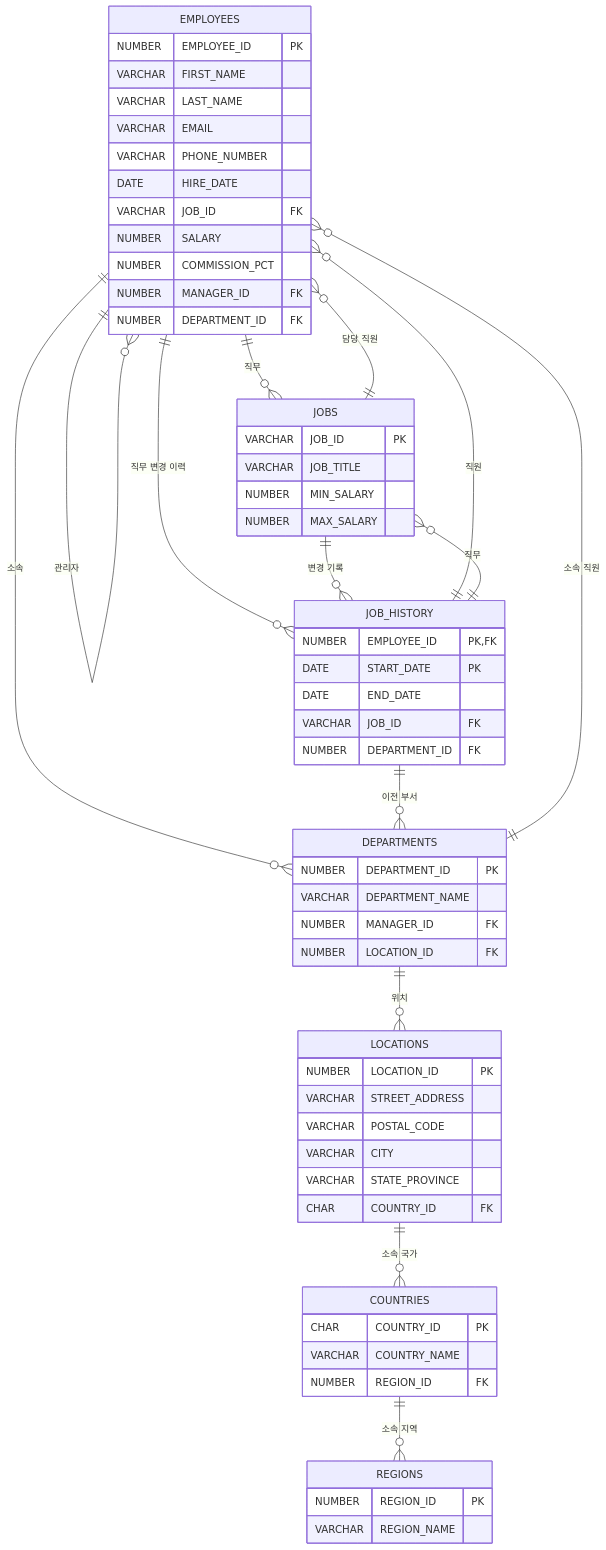
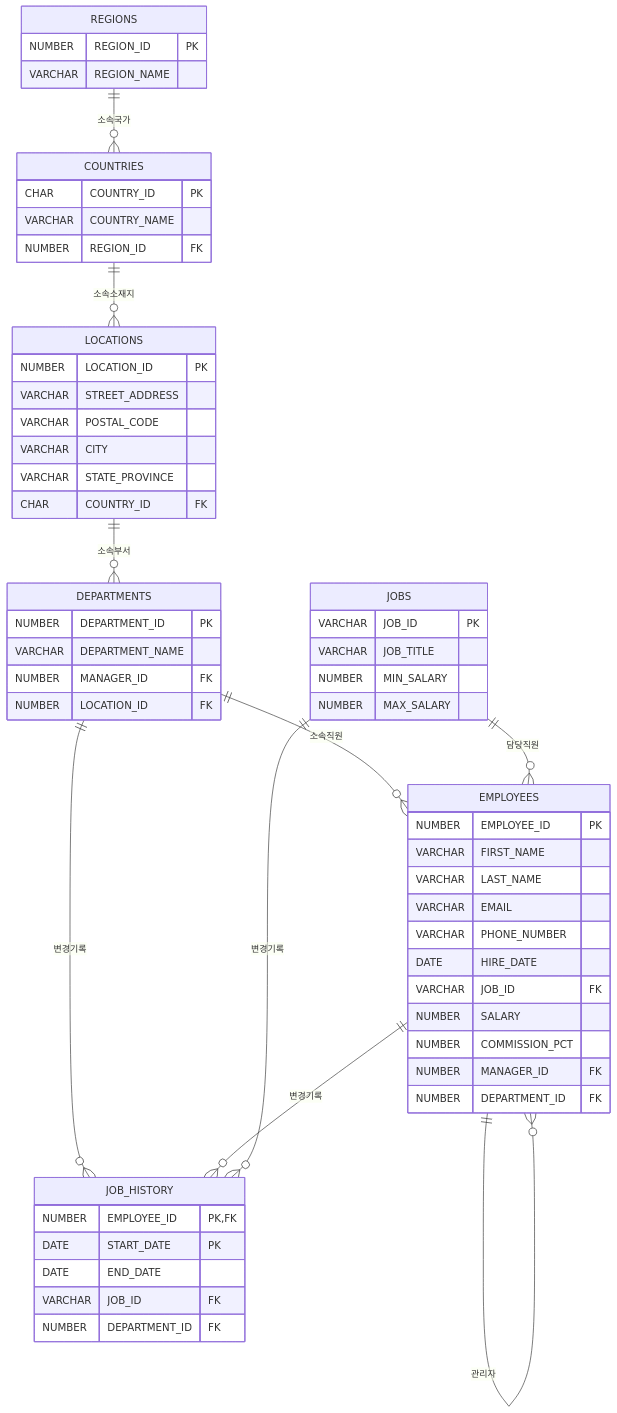
One commit to eungsu/lecture-notes changed the diagram in db/실습테이블.md. Above: the diagram before and after it, drawn with Mermaid.

Commit message:
hr 스키마

````diff
--- a/db/실습테이블.md
+++ b/db/실습테이블.md
@@ -153,78 +153,72 @@
 ```mermaid
 erDiagram
     EMPLOYEES {
         NUMBER EMPLOYEE_ID PK
         VARCHAR FIRST_NAME
         VARCHAR LAST_NAME
         VARCHAR EMAIL
         VARCHAR PHONE_NUMBER
         DATE HIRE_DATE
         VARCHAR JOB_ID FK
         NUMBER SALARY
         NUMBER COMMISSION_PCT
         NUMBER MANAGER_ID FK
         NUMBER DEPARTMENT_ID FK
     }
     
     DEPARTMENTS {
         NUMBER DEPARTMENT_ID PK
         VARCHAR DEPARTMENT_NAME
         NUMBER MANAGER_ID FK
         NUMBER LOCATION_ID FK
     }
     
     JOBS {
         VARCHAR JOB_ID PK
         VARCHAR JOB_TITLE
         NUMBER MIN_SALARY
         NUMBER MAX_SALARY
     }
     
     JOB_HISTORY {
         NUMBER EMPLOYEE_ID PK, FK
         DATE START_DATE PK
         DATE END_DATE
         VARCHAR JOB_ID FK
         NUMBER DEPARTMENT_ID FK
     }
     
     LOCATIONS {
         NUMBER LOCATION_ID PK
         VARCHAR STREET_ADDRESS
         VARCHAR POSTAL_CODE
         VARCHAR CITY
         VARCHAR STATE_PROVINCE
         CHAR COUNTRY_ID FK
     }
     
     COUNTRIES {
         CHAR COUNTRY_ID PK
         VARCHAR COUNTRY_NAME
         NUMBER REGION_ID FK
     }
     
     REGIONS {
         NUMBER REGION_ID PK
         VARCHAR REGION_NAME
     }
 
-    EMPLOYEES ||--o{ DEPARTMENTS : "소속"
-    EMPLOYEES ||--o{ JOBS : "직무"
+    DEPARTMENTS ||--o{ EMPLOYEES : "소속직원"
+
+    DEPARTMENTS ||--o{ JOB_HISTORY : "변경기록"
+    EMPLOYEES ||--o{ JOB_HISTORY : "변경기록"
+    JOBS ||--o{ JOB_HISTORY : "변경기록"
+     
+    JOBS ||--o{ EMPLOYEES : "담당직원"
     EMPLOYEES ||--o{ EMPLOYEES : "관리자"
-    EMPLOYEES ||--o{ JOB_HISTORY : "직무 변경 이력"
-    
-    DEPARTMENTS ||--o{ LOCATIONS : "위치"
-    DEPARTMENTS ||--o{ EMPLOYEES : "소속 직원"
 
-    JOBS ||--o{ EMPLOYEES : "담당 직원"
-    JOBS ||--o{ JOB_HISTORY : "변경 기록"
-
-    JOB_HISTORY ||--o{ EMPLOYEES : "직원"
-    JOB_HISTORY ||--o{ JOBS : "직무"
-    JOB_HISTORY ||--o{ DEPARTMENTS : "이전 부서"
-
-    LOCATIONS ||--o{ COUNTRIES : "소속 국가"
-    
-    COUNTRIES ||--o{ REGIONS : "소속 지역"
+    REGIONS ||--o{ COUNTRIES : "소속국가"
+    COUNTRIES ||--o{ LOCATIONS : "소속소재지"
+    LOCATIONS ||--o{ DEPARTMENTS : "소속부서"
 
 ```
````
